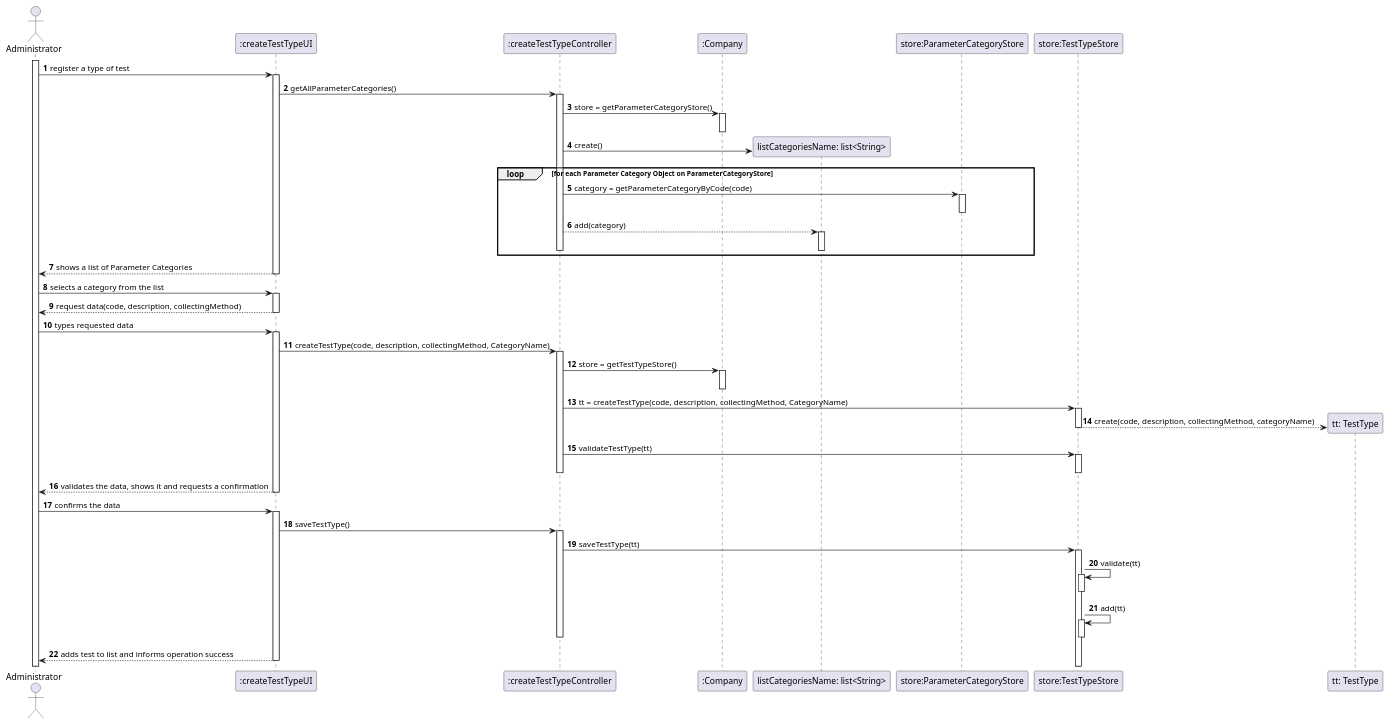
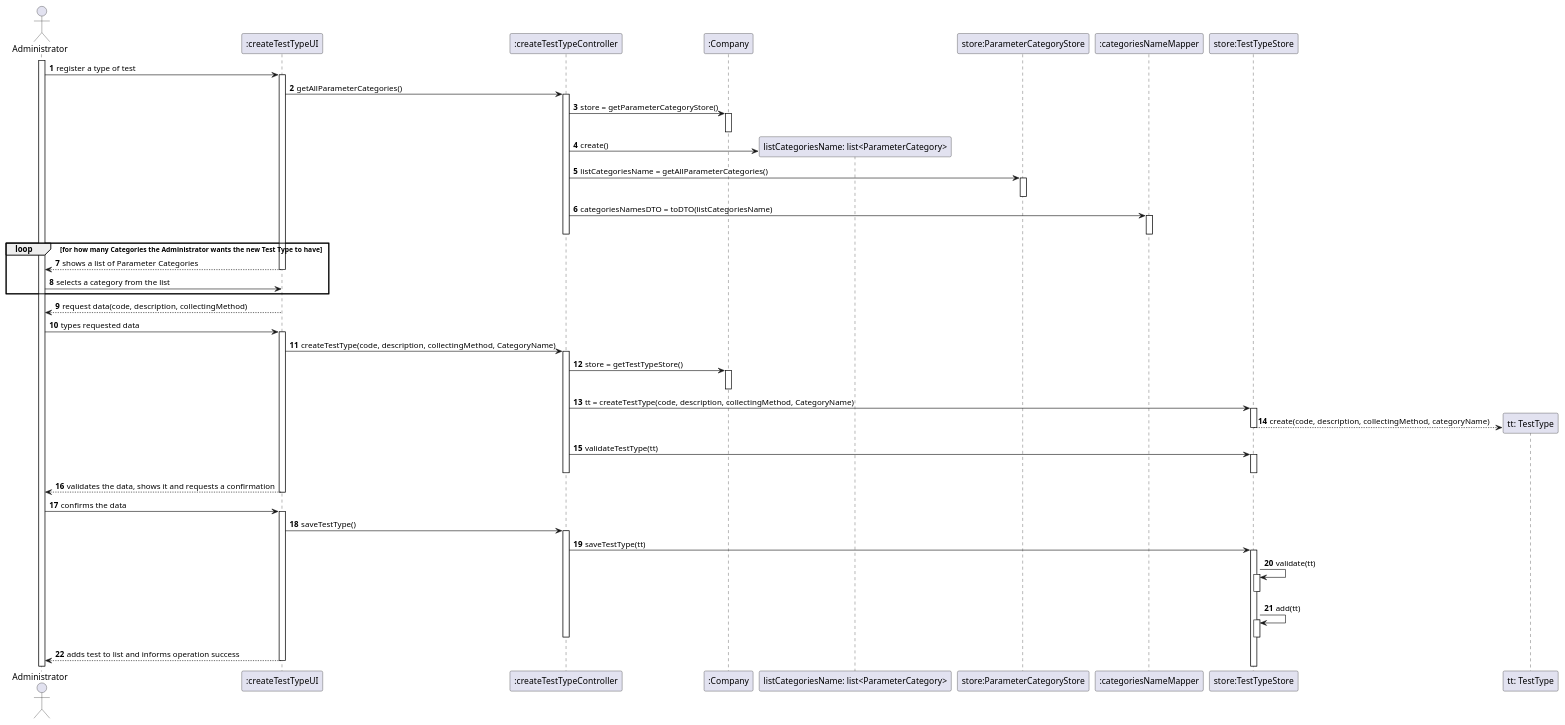
The diagram in docs/SprintB/US09/US09-SD.puml (0franciscor/lei-21-s2-1de-g19), drawn with PlantUML before and after one commit. The commit also changed 4 other files, not shown here.

```diff
--- a/docs/SprintB/US09/US09-SD.puml
+++ b/docs/SprintB/US09/US09-SD.puml
@@ -1,79 +1,77 @@
 @startuml
 autonumber
 actor "Administrator" as admin
 activate admin
 
 admin -> ":createTestTypeUI" : register a type of test
 
 
 activate ":createTestTypeUI"
 ":createTestTypeUI" -> ":createTestTypeController": getAllParameterCategories()
 
 
 activate ":createTestTypeController"
 ":createTestTypeController" -> ":Company": store = getParameterCategoryStore()
 activate ":Company"
 deactivate ":Company"
 
 
-create "listCategoriesName: list<String>"
-":createTestTypeController" -> "listCategoriesName: list<String>": create()
+create "listCategoriesName: list<ParameterCategory>"
+":createTestTypeController" -> "listCategoriesName: list<ParameterCategory>": create()
 
 
-loop for each Parameter Category Object on ParameterCategoryStore
-":createTestTypeController" -> "store:ParameterCategoryStore": category = getParameterCategoryByCode(code)
+":createTestTypeController" -> "store:ParameterCategoryStore": listCategoriesName = getAllParameterCategories()
+activate "store:ParameterCategoryStore"
+deactivate "store:ParameterCategoryStore"
 
 
-activate "store:ParameterCategoryStore"
-deactivate "store:ParameterCategoryStore"
-":createTestTypeController" --> "listCategoriesName: list<String>": add(category)
-activate "listCategoriesName: list<String>"
-deactivate "listCategoriesName: list<String>"
+":createTestTypeController" -> ":categoriesNameMapper": categoriesNamesDTO = toDTO(listCategoriesName)
+activate ":categoriesNameMapper"
+deactivate ":categoriesNameMapper"
 deactivate ":createTestTypeController"
-end
 
-
+loop for how many Categories the Administrator wants the new Test Type to have
 ":createTestTypeUI" --> admin: shows a list of Parameter Categories
 deactivate ":createTestTypeUI"
-
 admin -> ":createTestTypeUI": selects a category from the list
+end
 
 activate ":createTestTypeUI"
 ":createTestTypeUI" --> admin: request data(code, description, collectingMethod)
 deactivate ":createTestTypeUI"
 deactivate ":createTestTypeUI"
 admin -> ":createTestTypeUI" : types requested data
 activate ":createTestTypeUI"
 ":createTestTypeUI" -> ":createTestTypeController": createTestType(code, description, collectingMethod, CategoryName)
 activate ":createTestTypeController"
 ":createTestTypeController" -> ":Company" : store = getTestTypeStore()
 activate ":Company"
 deactivate ":Company"
 ":createTestTypeController" -> "store:TestTypeStore" : tt = createTestType(code, description, collectingMethod, CategoryName)
 activate "store:TestTypeStore"
 create "tt: TestType"
 "store:TestTypeStore" --> "tt: TestType" : create(code, description, collectingMethod, categoryName)
 deactivate "store:TestTypeStore"
 ":createTestTypeController" -> "store:TestTypeStore" : validateTestType(tt)
 activate "store:TestTypeStore"
 deactivate "store:TestTypeStore"
 deactivate ":createTestTypeController"
 ":createTestTypeUI" --> admin: validates the data, shows it and requests a confirmation
 deactivate ":createTestTypeUI"
 admin -> ":createTestTypeUI": confirms the data
 activate ":createTestTypeUI"
 ":createTestTypeUI" -> ":createTestTypeController": saveTestType()
 activate ":createTestTypeController"
 
 ":createTestTypeController" -> "store:TestTypeStore"++ : saveTestType(tt)
 "store:TestTypeStore" -> "store:TestTypeStore": validate(tt)
 activate "store:TestTypeStore"
 deactivate "store:TestTypeStore"
 "store:TestTypeStore" -> "store:TestTypeStore": add(tt)
 activate "store:TestTypeStore"
 deactivate "store:TestTypeStore"
 
 deactivate ":createTestTypeController"
 ":createTestTypeUI" --> admin: adds test to list and informs operation success
 deactivate ":createTestTypeUI"
 @enduml
```
